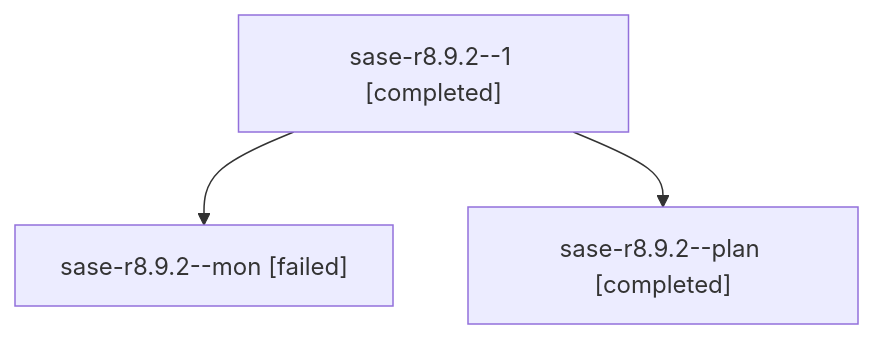
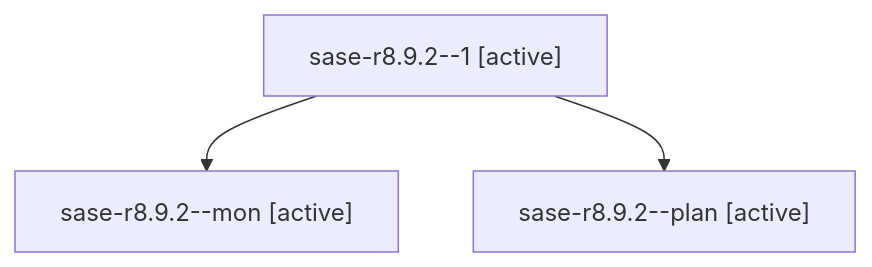
One commit to sase-org/sase--agents changed the diagram in families/bbugyi200.athena.sase-r8.9.2.md. Above: the diagram before and after it, drawn with Mermaid. The commit also changed other lines of this file and 35830 other files, not shown here.

````diff
--- a/families/bbugyi200.athena.sase-r8.9.2.md
+++ b/families/bbugyi200.athena.sase-r8.9.2.md
@@ -9,8 +9,8 @@
 ```mermaid
 flowchart TD
-  n0["sase-r8.9.2--1 [completed]"]
-  n1["sase-r8.9.2--mon [failed]"]
+  n0["sase-r8.9.2--1 [active]"]
+  n1["sase-r8.9.2--mon [active]"]
   n0 --> n1
-  n2["sase-r8.9.2--plan [completed]"]
+  n2["sase-r8.9.2--plan [active]"]
   n0 --> n2
 ```
````
